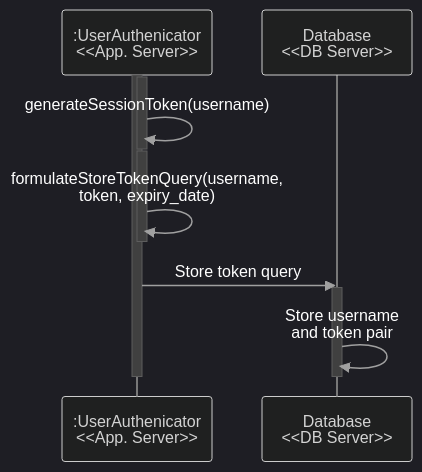
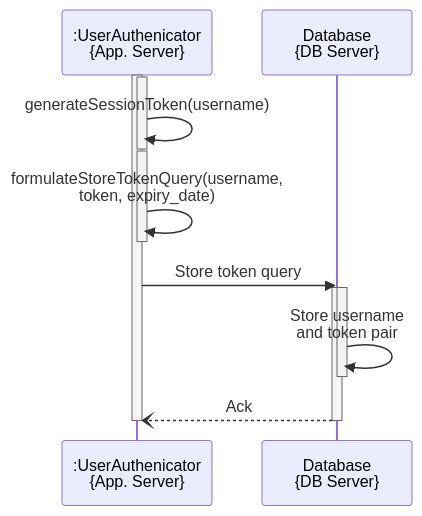
One commit to ahmadxzaki/SOFT437 changed the fourth of 4 diagrams in A1/Login-SequenceDiagram.md. Above: the diagram before and after it, drawn with Mermaid. The commit also changed other lines of this file and 6 other files, not shown here.

````diff
--- a/A1/Login-SequenceDiagram.md
+++ b/A1/Login-SequenceDiagram.md
@@ -228,34 +228,37 @@
 ```mermaid
-%%{init: {
-  "theme": "dark",
-  "themeVariables": {
+%% %%{init: {
+%%   "theme": "dark",
+%%   "themeVariables": {
 
-    "textColor": "#ffffff",
-    "actorLineColor": "#787878",
-    "signalColor": "#a0a0a0",
-    "signalTextColor": "#ffffff",
-    "loopTextColor": "#ffffff",
+%%     "textColor": "#ffffff",
+%%     "actorLineColor": "#787878",
+%%     "signalColor": "#a0a0a0",
+%%     "signalTextColor": "#ffffff",
+%%     "loopTextColor": "#ffffff",
     
-    "activationBkgColor": "#404040",
-    "activationBorderColor": "#5d5d5d"
-  }
-}}%%
+%%     "activationBkgColor": "#404040",
+%%     "activationBorderColor": "#5d5d5d"
+%%   }
+%% }}%%
 sequenceDiagram
-    participant A as :UserAuthenicator<br> <<App. Server>>
-    participant DB as Database<br><<DB Server>>
+    participant A as :UserAuthenicator<br> {App. Server}
+    participant DB as Database<br> {DB Server}
 
     activate A
         activate A
         A->>A: generateSessionToken(username)
         deactivate A
         activate A
         A->>A: formulateStoreTokenQuery(username, <br>token, expiry_date)
         deactivate A
     A->>DB: Store token query
 
     activate DB
-    DB->>DB: Store username <br>and token pair
+        activate DB
+        DB->>DB: Store username <br>and token pair
+        deactivate DB
+    DB--)A: Ack
     deactivate DB
     
     deactivate A
 ```
````
